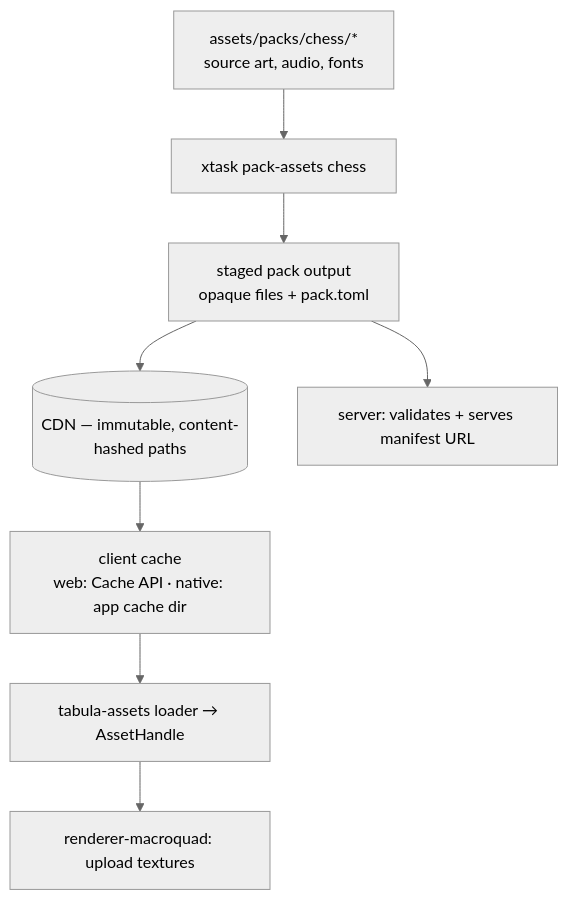
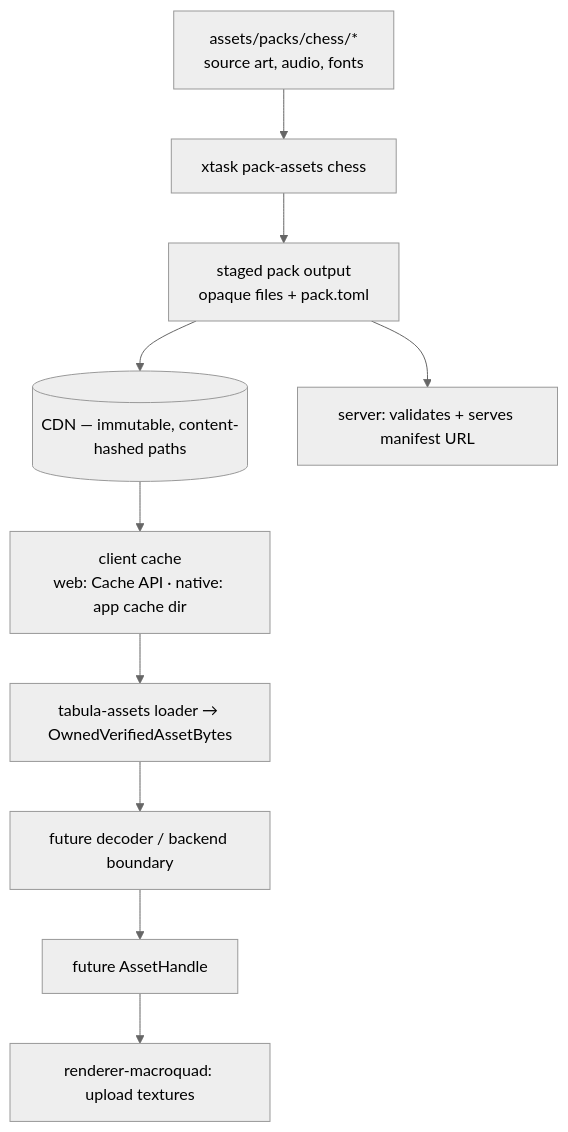
One commit to loveoverflowcom/tabula changed the sixth of 6 diagrams in docs/architecture/04-frontend-and-design-system.md. Above: the diagram before and after it, drawn with Mermaid (neutral theme). The commit also changed other lines of this file and 6 other files, not shown here.

Commit message:
feat: add owned verified asset loading boundary

````diff
--- a/docs/architecture/04-frontend-and-design-system.md
+++ b/docs/architecture/04-frontend-and-design-system.md
@@ -1009,10 +1009,12 @@
 ```mermaid
 flowchart TB
     SRC["assets/packs/chess/*<br/>source art, audio, fonts"] --> BUILD["xtask pack-assets chess"]
     BUILD --> PACK["staged pack output<br/>opaque files + pack.toml"]
     PACK --> CDN[("CDN — immutable, content-hashed paths")]
     PACK --> SRV["server: validates + serves manifest URL"]
     CDN --> CACHE["client cache<br/>web: Cache API · native: app cache dir"]
-    CACHE --> LOAD["tabula-assets loader → AssetHandle"]
-    LOAD --> REND["renderer-macroquad: upload textures"]
+    CACHE --> LOAD["tabula-assets loader → OwnedVerifiedAssetBytes"]
+    LOAD --> DECODE["future decoder / backend boundary"]
+    DECODE --> HANDLE["future AssetHandle"]
+    HANDLE --> REND["renderer-macroquad: upload textures"]
 ```
````
